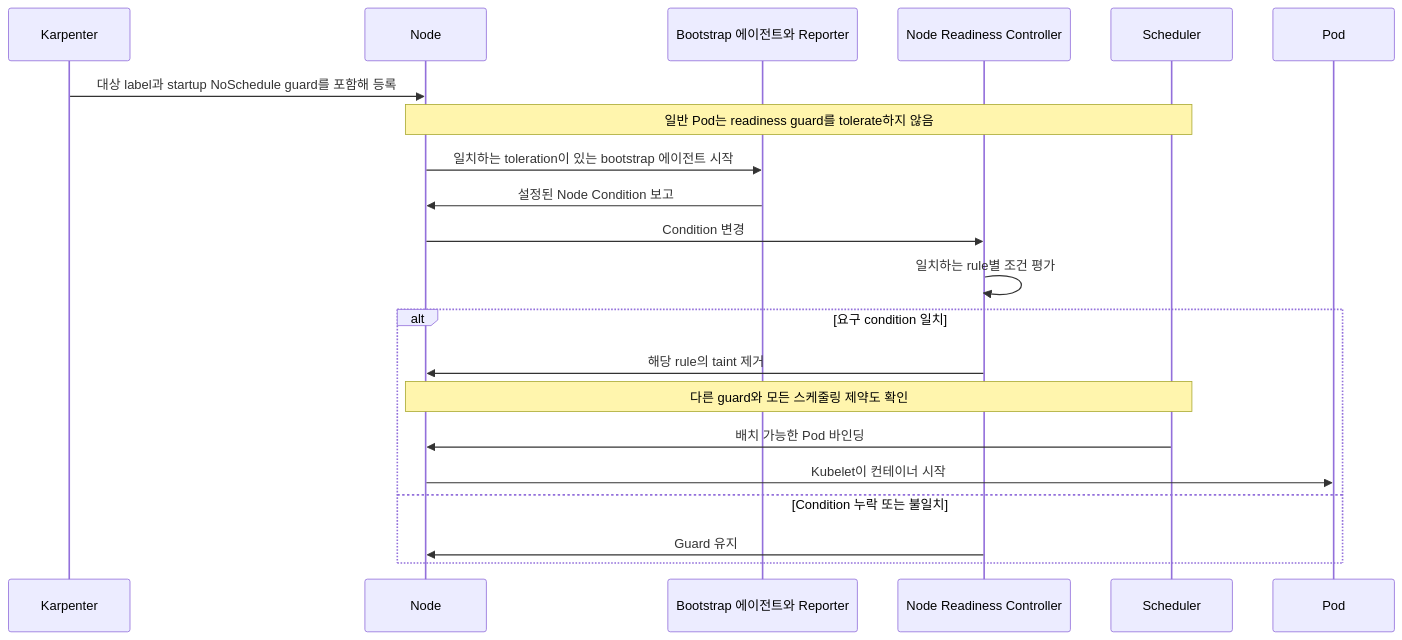
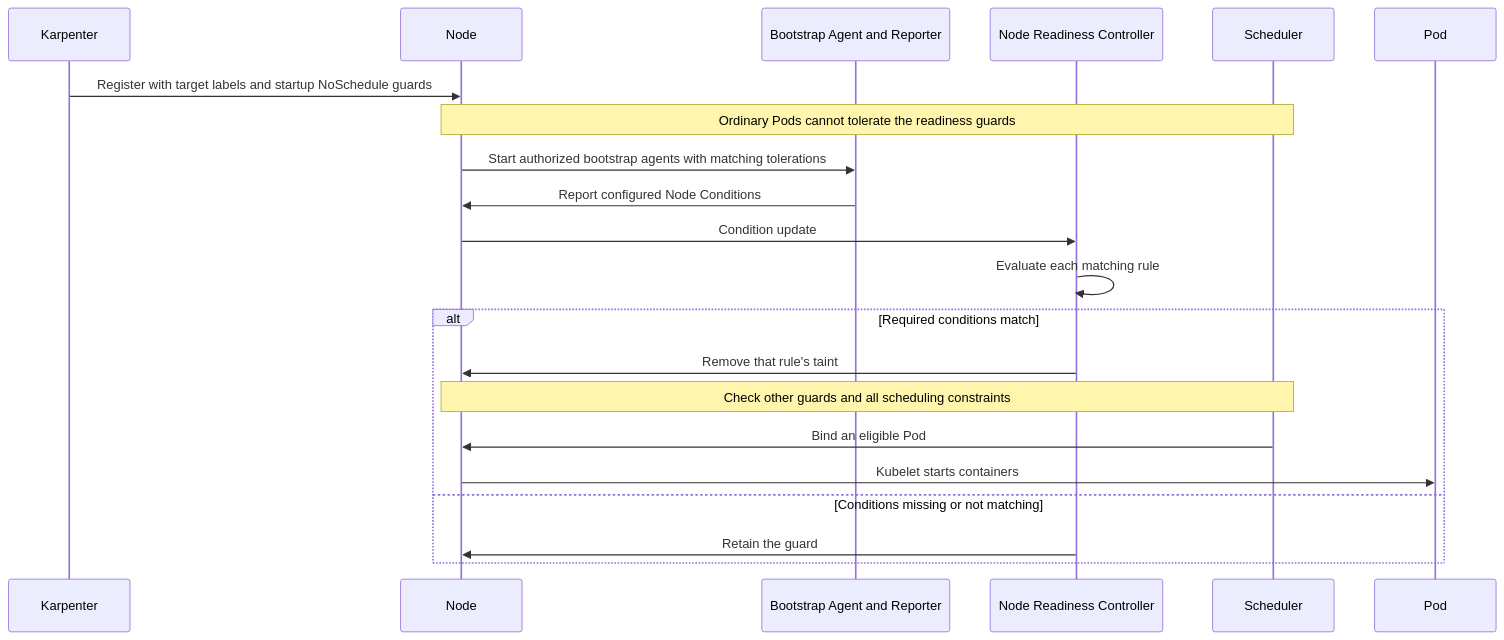
One commit to devfloor9/engineering-playbook changed diagram 11 of 12 in docs/eks-best-practices/operations-reliability/eks-pod-scheduling-availability.md. Above: the diagram before and after it, drawn with Mermaid. The commit also changed other lines of this file and 954 other files, not shown here.

````diff
--- a/docs/eks-best-practices/operations-reliability/eks-pod-scheduling-availability.md
+++ b/docs/eks-best-practices/operations-reliability/eks-pod-scheduling-availability.md
@@ -4863,23 +4870,23 @@
 ```mermaid
 sequenceDiagram
     participant Karpenter
     participant Node
-    participant Reporter as Bootstrap 에이전트와 Reporter
+    participant Reporter as Bootstrap Agent and Reporter
     participant NRC as Node Readiness Controller
     participant Scheduler
     participant Pod
-    Karpenter->>Node: 대상 label과 startup NoSchedule guard를 포함해 등록
-    Note over Node,Scheduler: 일반 Pod는 readiness guard를 tolerate하지 않음
-    Node->>Reporter: 일치하는 toleration이 있는 bootstrap 에이전트 시작
-    Reporter->>Node: 설정된 Node Condition 보고
-    Node->>NRC: Condition 변경
-    NRC->>NRC: 일치하는 rule별 조건 평가
-    alt 요구 condition 일치
-        NRC->>Node: 해당 rule의 taint 제거
-        Note over Node,Scheduler: 다른 guard와 모든 스케줄링 제약도 확인
-        Scheduler->>Node: 배치 가능한 Pod 바인딩
-        Node->>Pod: Kubelet이 컨테이너 시작
-    else Condition 누락 또는 불일치
-        NRC->>Node: Guard 유지
+    Karpenter->>Node: Register with target labels and startup NoSchedule guards
+    Note over Node,Scheduler: Ordinary Pods cannot tolerate the readiness guards
+    Node->>Reporter: Start authorized bootstrap agents with matching tolerations
+    Reporter->>Node: Report configured Node Conditions
+    Node->>NRC: Condition update
+    NRC->>NRC: Evaluate each matching rule
+    alt Required conditions match
+        NRC->>Node: Remove that rule's taint
+        Note over Node,Scheduler: Check other guards and all scheduling constraints
+        Scheduler->>Node: Bind an eligible Pod
+        Node->>Pod: Kubelet starts containers
+    else Conditions missing or not matching
+        NRC->>Node: Retain the guard
     end
 ```
````
